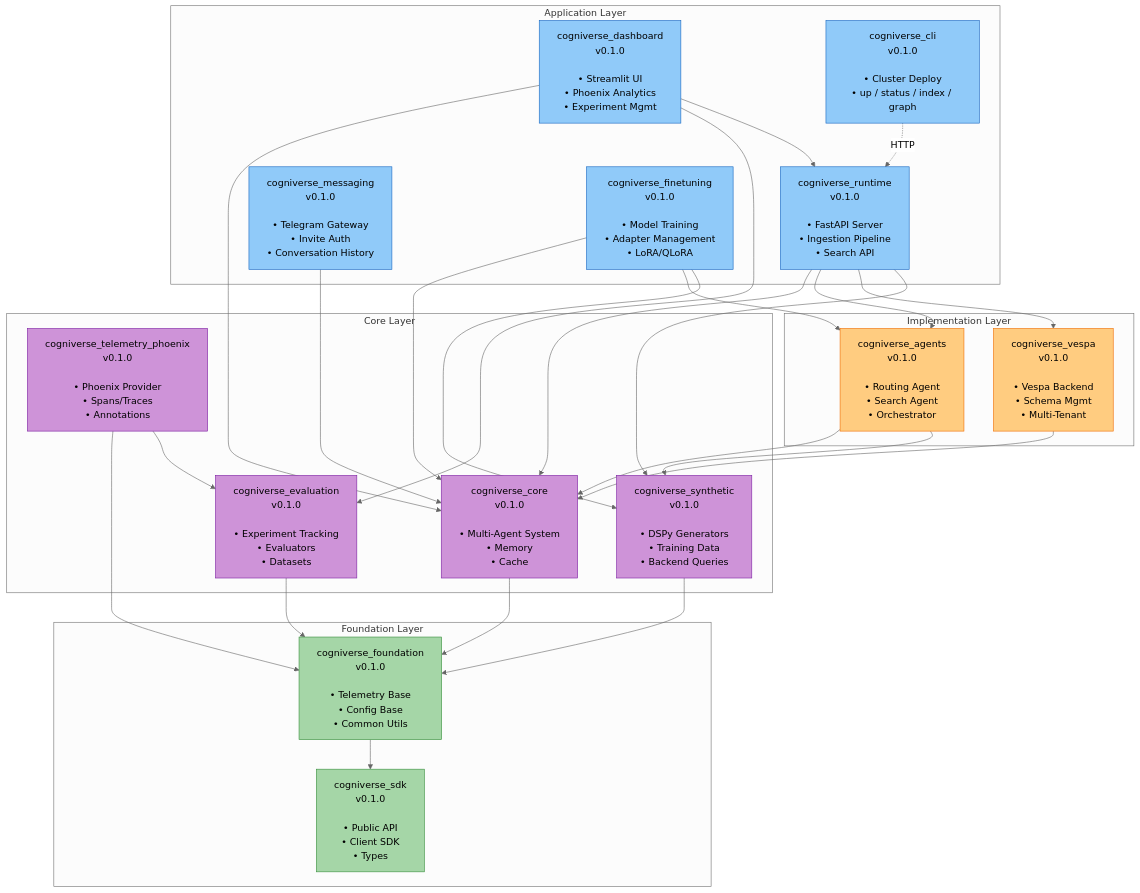
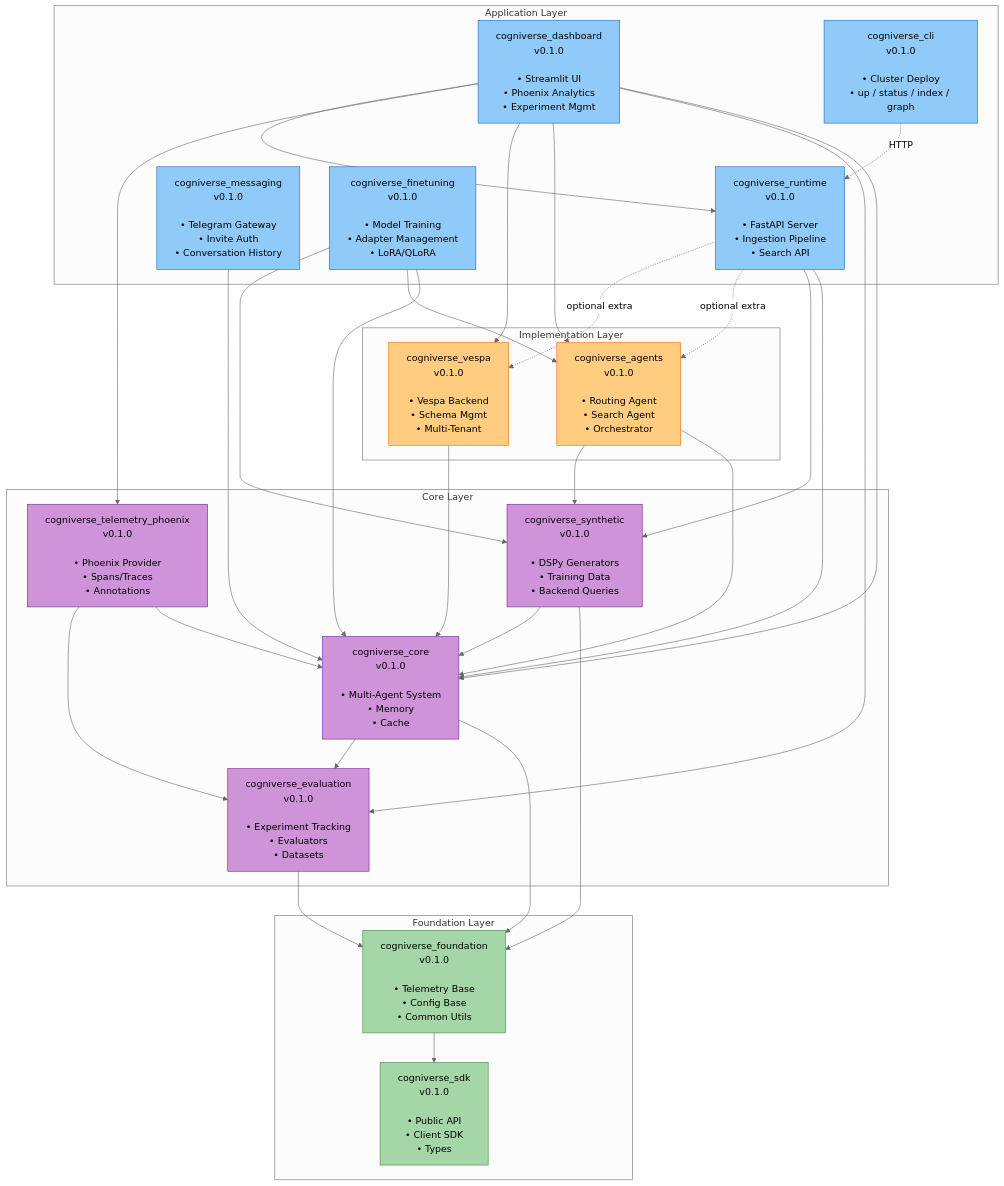
Before and after one commit to amit-jain/cogniverse: the first of 27 diagrams in docs/diagrams/sdk-architecture-diagrams.md, drawn with Mermaid (neutral theme). The commit also changed other lines of this file and 50 other files, not shown here.

First line of the commit message:
Complete and verify docs against code with mermaid palette

````diff
--- a/docs/diagrams/sdk-architecture-diagrams.md
+++ b/docs/diagrams/sdk-architecture-diagrams.md
@@ -22,77 +22,82 @@
 ```mermaid
 flowchart TB
     subgraph "Foundation Layer"
         SDK["<span style='color:#000'>cogniverse_sdk<br/>v0.1.0<br/><br/>• Public API<br/>• Client SDK<br/>• Types</span>"]
         Foundation["<span style='color:#000'>cogniverse_foundation<br/>v0.1.0<br/><br/>• Telemetry Base<br/>• Config Base<br/>• Common Utils</span>"]
     end
 
     subgraph "Core Layer"
         Core["<span style='color:#000'>cogniverse_core<br/>v0.1.0<br/><br/>• Multi-Agent System<br/>• Memory<br/>• Cache</span>"]
         Evaluation["<span style='color:#000'>cogniverse_evaluation<br/>v0.1.0<br/><br/>• Experiment Tracking<br/>• Evaluators<br/>• Datasets</span>"]
         Phoenix["<span style='color:#000'>cogniverse_telemetry_phoenix<br/>v0.1.0<br/><br/>• Phoenix Provider<br/>• Spans/Traces<br/>• Annotations</span>"]
         Synthetic["<span style='color:#000'>cogniverse_synthetic<br/>v0.1.0<br/><br/>• DSPy Generators<br/>• Training Data<br/>• Backend Queries</span>"]
     end
 
     subgraph "Implementation Layer"
         Agents["<span style='color:#000'>cogniverse_agents<br/>v0.1.0<br/><br/>• Routing Agent<br/>• Search Agent<br/>• Orchestrator</span>"]
         Vespa["<span style='color:#000'>cogniverse_vespa<br/>v0.1.0<br/><br/>• Vespa Backend<br/>• Schema Mgmt<br/>• Multi-Tenant</span>"]
     end
 
     subgraph "Application Layer"
         Runtime["<span style='color:#000'>cogniverse_runtime<br/>v0.1.0<br/><br/>• FastAPI Server<br/>• Ingestion Pipeline<br/>• Search API</span>"]
         Dashboard["<span style='color:#000'>cogniverse_dashboard<br/>v0.1.0<br/><br/>• Streamlit UI<br/>• Phoenix Analytics<br/>• Experiment Mgmt</span>"]
         Messaging["<span style='color:#000'>cogniverse_messaging<br/>v0.1.0<br/><br/>• Telegram Gateway<br/>• Invite Auth<br/>• Conversation History</span>"]
         Finetuning["<span style='color:#000'>cogniverse_finetuning<br/>v0.1.0<br/><br/>• Model Training<br/>• Adapter Management<br/>• LoRA/QLoRA</span>"]
         Cli["<span style='color:#000'>cogniverse_cli<br/>v0.1.0<br/><br/>• Cluster Deploy<br/>• up / status / index / graph</span>"]
     end
 
     %% Foundation Layer dependencies
     Foundation --> SDK
 
     %% Core Layer dependencies
     Core --> Foundation
+    Core --> Evaluation
     Evaluation --> Foundation
-    Phoenix --> Foundation
+    Phoenix --> Core
     Phoenix --> Evaluation
     Synthetic --> Foundation
+    Synthetic --> Core
 
     %% Implementation Layer dependencies
     Agents --> Core
     Agents --> Synthetic
     Vespa --> Core
 
     %% Application Layer dependencies
     Runtime --> Core
-    Runtime --> Agents
-    Runtime --> Vespa
     Runtime --> Synthetic
+    Runtime -.->|optional extra| Agents
+    Runtime -.->|optional extra| Vespa
     Dashboard --> Core
     Dashboard --> Evaluation
+    Dashboard --> Agents
+    Dashboard --> Vespa
+    Dashboard --> Phoenix
     Dashboard --> Runtime
     Messaging --> Core
     Finetuning --> Core
     Finetuning --> Agents
     Finetuning --> Synthetic
     Cli -.->|HTTP| Runtime
 
     %% Styling - Foundation Layer (green)
     style SDK fill:#a5d6a7,stroke:#388e3c,color:#000
     style Foundation fill:#a5d6a7,stroke:#388e3c,color:#000
 
     %% Styling - Core Layer (purple)
     style Core fill:#ce93d8,stroke:#7b1fa2,color:#000
     style Evaluation fill:#ce93d8,stroke:#7b1fa2,color:#000
     style Phoenix fill:#ce93d8,stroke:#7b1fa2,color:#000
     style Synthetic fill:#ce93d8,stroke:#7b1fa2,color:#000
 
     %% Styling - Implementation Layer (orange)
     style Agents fill:#ffcc80,stroke:#ef6c00,color:#000
     style Vespa fill:#ffcc80,stroke:#ef6c00,color:#000
 
     %% Styling - Application Layer (blue)
     style Runtime fill:#90caf9,stroke:#1565c0,color:#000
     style Dashboard fill:#90caf9,stroke:#1565c0,color:#000
     style Messaging fill:#90caf9,stroke:#1565c0,color:#000
     style Finetuning fill:#90caf9,stroke:#1565c0,color:#000
     style Cli fill:#90caf9,stroke:#1565c0,color:#000
 ```
````
